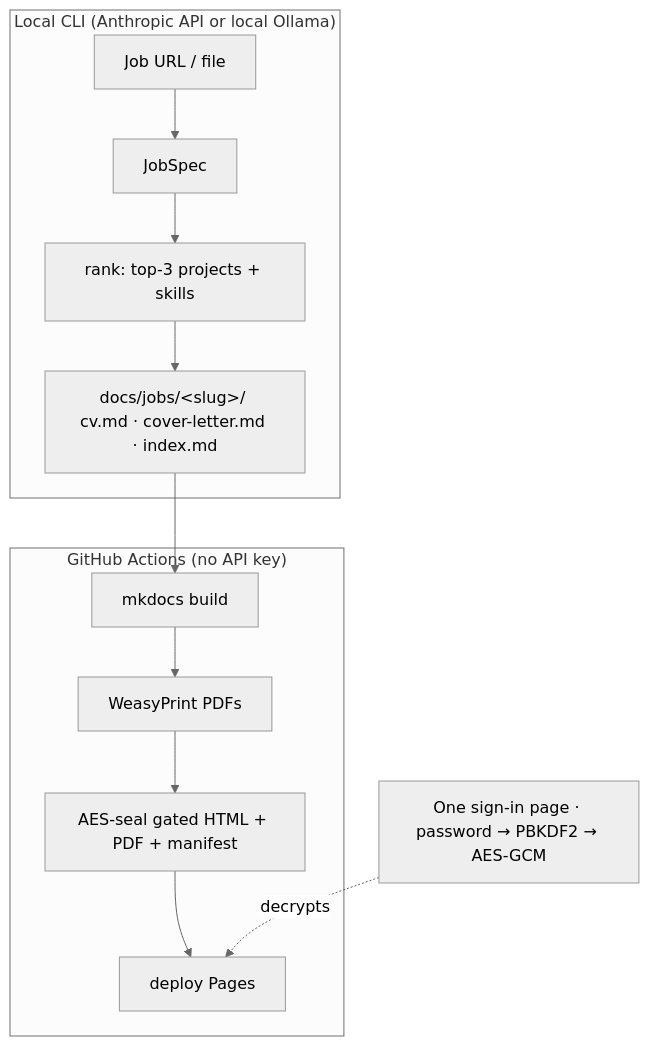
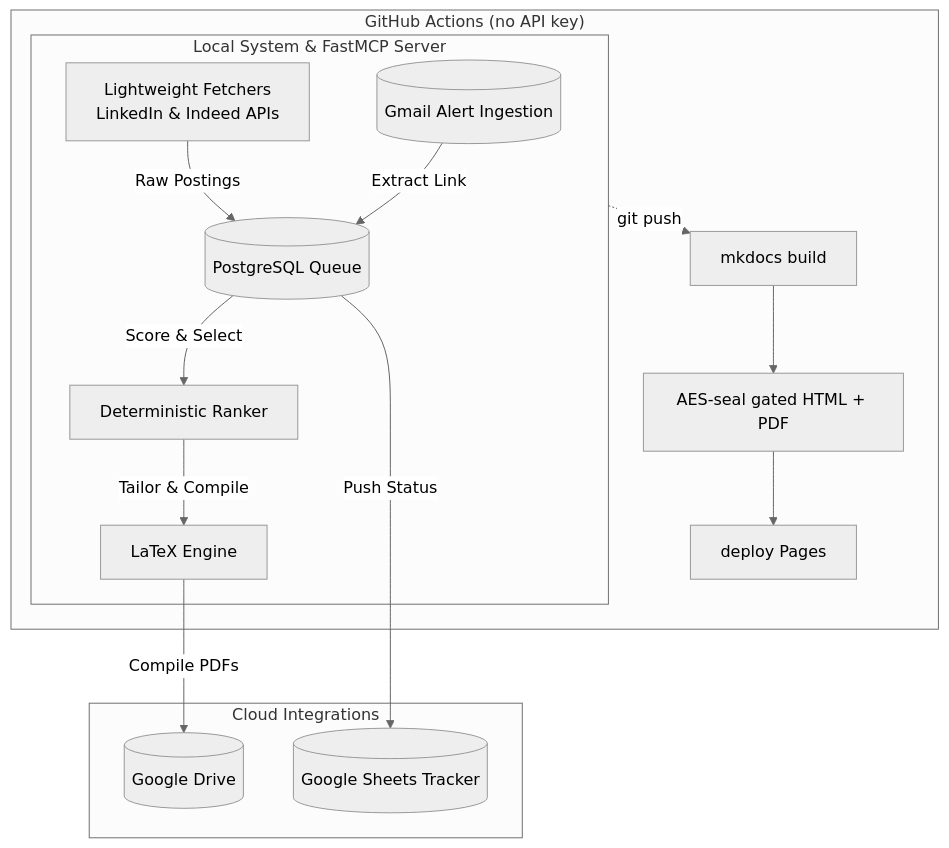
The diagram in doc-pages/projects/cv-tailor.md (radheem/my-cv), drawn with Mermaid (neutral theme) before and after one commit. The commit also changed other lines of this file, not shown here.

Commit message:
docs(projects): Update cv-tailor portfolio intro, diagram, and core descriptions

````diff
--- a/doc-pages/projects/cv-tailor.md
+++ b/doc-pages/projects/cv-tailor.md
@@ -19,11 +21,16 @@
 ```mermaid
 flowchart TB
-  subgraph local["Local CLI (Anthropic API or local Ollama)"]
-    JD[Job URL / file] --> SPEC[JobSpec] --> RANK[rank: top-3 projects + skills]
-    RANK --> OUT[docs/jobs/&lt;slug&gt;/ cv.md · cover-letter.md · index.md]
-  end
-  subgraph ci["GitHub Actions (no API key)"]
-    OUT --> MK[mkdocs build] --> PDF[WeasyPrint PDFs] --> ENC[AES-seal gated HTML + PDF + manifest] --> DEP[deploy Pages]
-  end
-  GATE[One sign-in page · password → PBKDF2 → AES-GCM] -.decrypts.-> DEP
+    subgraph local["Local System & FastMCP Server"]
+        GMAIL[(Gmail Alert Ingestion)] -->|Extract Link| QUEUE[(PostgreSQL Queue)]
+        GUEST[Lightweight Fetchers<br/>LinkedIn & Indeed APIs] -->|Raw Postings| QUEUE
+        QUEUE -->|Score & Select| RANK[Deterministic Ranker]
+        RANK -->|Tailor & Compile| LaTeX[LaTeX Engine]
+    end
+    subgraph cloud["Cloud Integrations"]
+        LaTeX -->|Compile PDFs| DRIVE[(Google Drive)]
+        QUEUE -->|Push Status| SHEETS[(Google Sheets Tracker)]
+    end
+    subgraph ci["GitHub Actions (no API key)"]
+        local -.git push.-> MK[mkdocs build] --> ENC[AES-seal gated HTML + PDF] --> DEP[deploy Pages]
+    end
 ```
````
